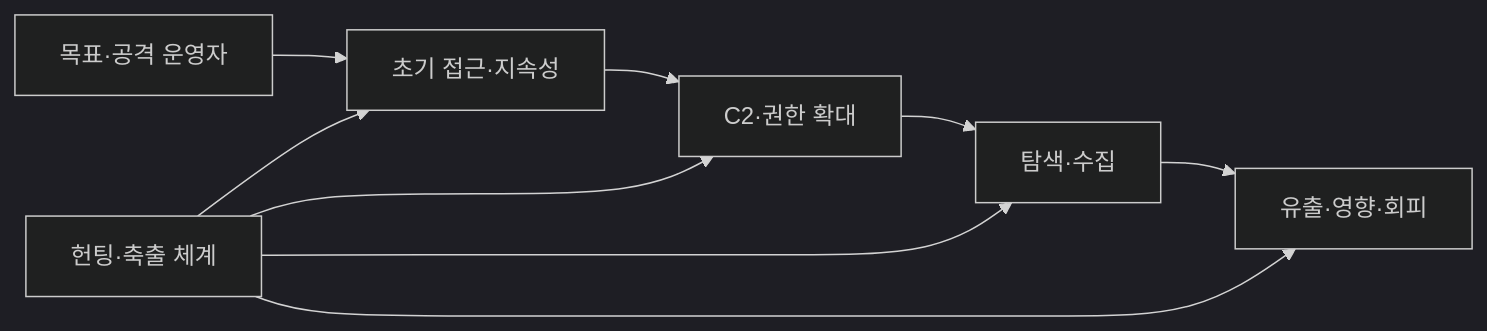
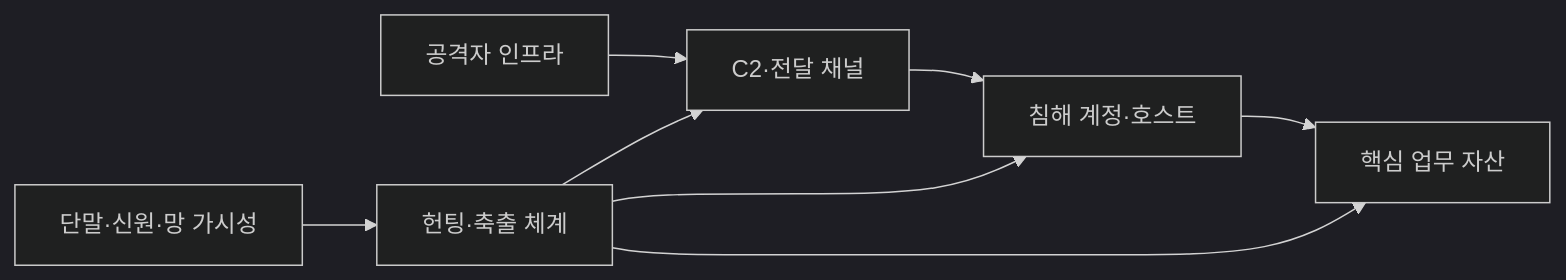
One commit to agnusdei1207/knowledge-base changed the first of 2 diagrams in src/content/docs/notes/05-security/027_advanced_persistent_threat.md. Above: the diagram before and after it, drawn with Mermaid (dark theme). The commit also changed other lines of this file and 4 other files, not shown here.

````diff
--- a/src/content/docs/notes/05-security/027_advanced_persistent_threat.md
+++ b/src/content/docs/notes/05-security/027_advanced_persistent_threat.md
@@ -59,11 +59,10 @@
 ```mermaid
 flowchart LR
-    A[목표·공격 운영자] --> B[초기 접근·지속성]
-    B --> C[C2·권한 확대]
-    C --> D[탐색·수집]
-    D --> E[유출·영향·회피]
-    F[헌팅·축출 체계] --> B
+    A[공격자 인프라] --> B[C2·전달 채널]
+    B --> C[침해 계정·호스트]
+    C --> D[핵심 업무 자산]
+    E[단말·신원·망 가시성] --> F[헌팅·축출 체계]
+    F --> B
     F --> C
     F --> D
-    F --> E
 ```
````
